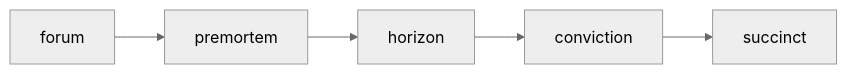
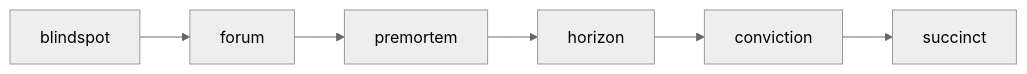
Before and after one commit to nicoladevera/thinking-stack: the first of 2 diagrams in README.md, drawn with Mermaid (neutral theme). The commit also changed other lines of this file and 3 other files, not shown here.

````diff
--- a/README.md
+++ b/README.md
@@ -160,4 +163,4 @@
 ```mermaid
 flowchart LR
-    forum1[forum] --> premortem1[premortem] --> horizon1[horizon] --> conviction1[conviction] --> succinct1[succinct]
+    blindspot1[blindspot] --> forum1[forum] --> premortem1[premortem] --> horizon1[horizon] --> conviction1[conviction] --> succinct1[succinct]
 ```
````
